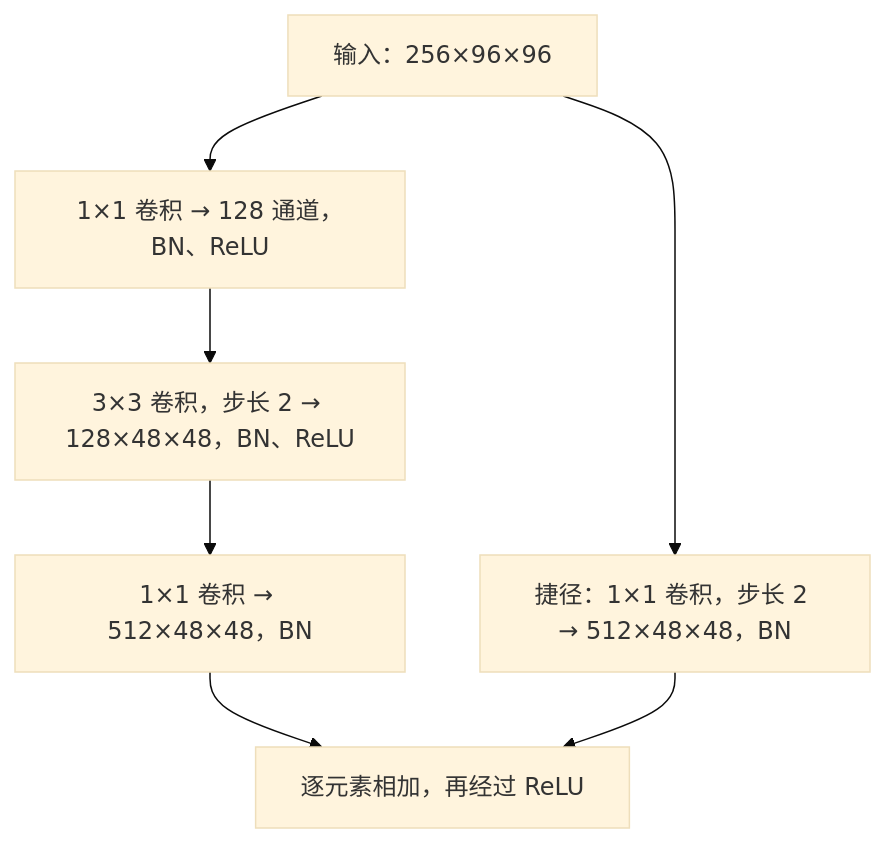
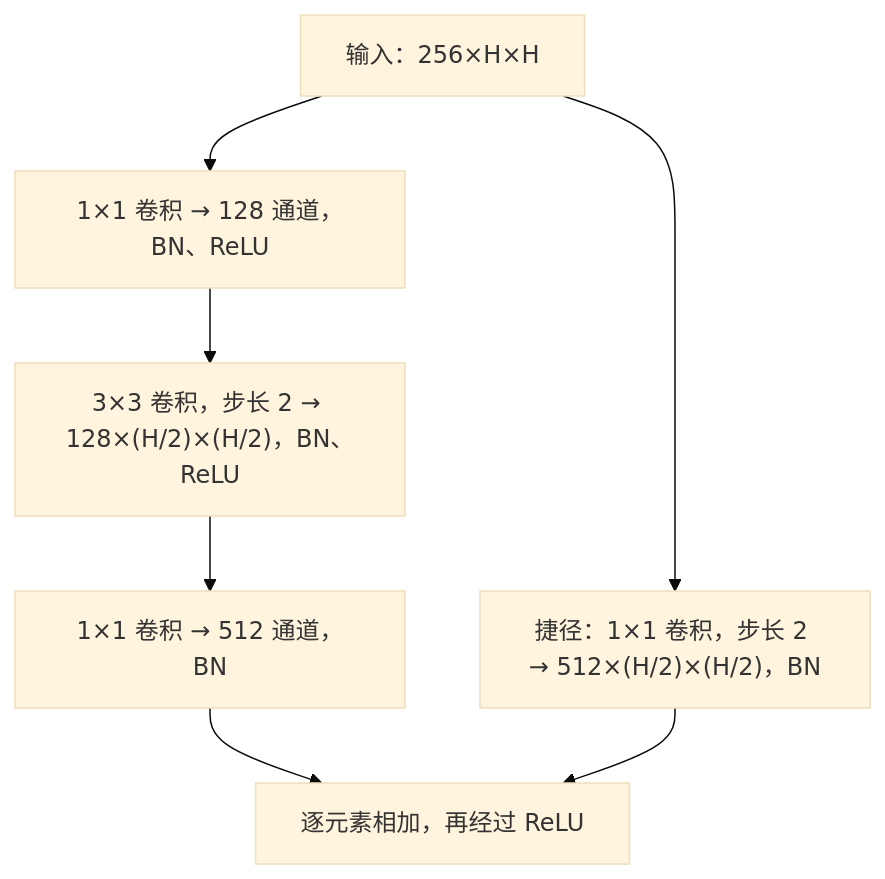
One commit to Tindalos-ik/robot_cleaning_vision changed the diagram in docs/冻结CNN+线性分类器.md. Above: the diagram before and after it, drawn with Mermaid (base theme). The commit also changed other lines of this file and 6 other files, not shown here.

````diff
--- a/docs/冻结CNN+线性分类器.md
+++ b/docs/冻结CNN+线性分类器.md
@@ -39,9 +39,9 @@
 ```mermaid
 flowchart TD
-    X["输入：256×96×96"] --> A["1×1 卷积 → 128 通道，BN、ReLU"]
-    A --> B["3×3 卷积，步长 2 → 128×48×48，BN、ReLU"]
-    B --> C["1×1 卷积 → 512×48×48，BN"]
-    X --> S["捷径：1×1 卷积，步长 2 → 512×48×48，BN"]
+    X["输入：256×H×H"] --> A["1×1 卷积 → 128 通道，BN、ReLU"]
+    A --> B["3×3 卷积，步长 2 → 128×(H/2)×(H/2)，BN、ReLU"]
+    B --> C["1×1 卷积 → 512 通道，BN"]
+    X --> S["捷径：1×1 卷积，步长 2 → 512×(H/2)×(H/2)，BN"]
     C --> Y["逐元素相加，再经过 ReLU"]
     S --> Y
 ```
````
